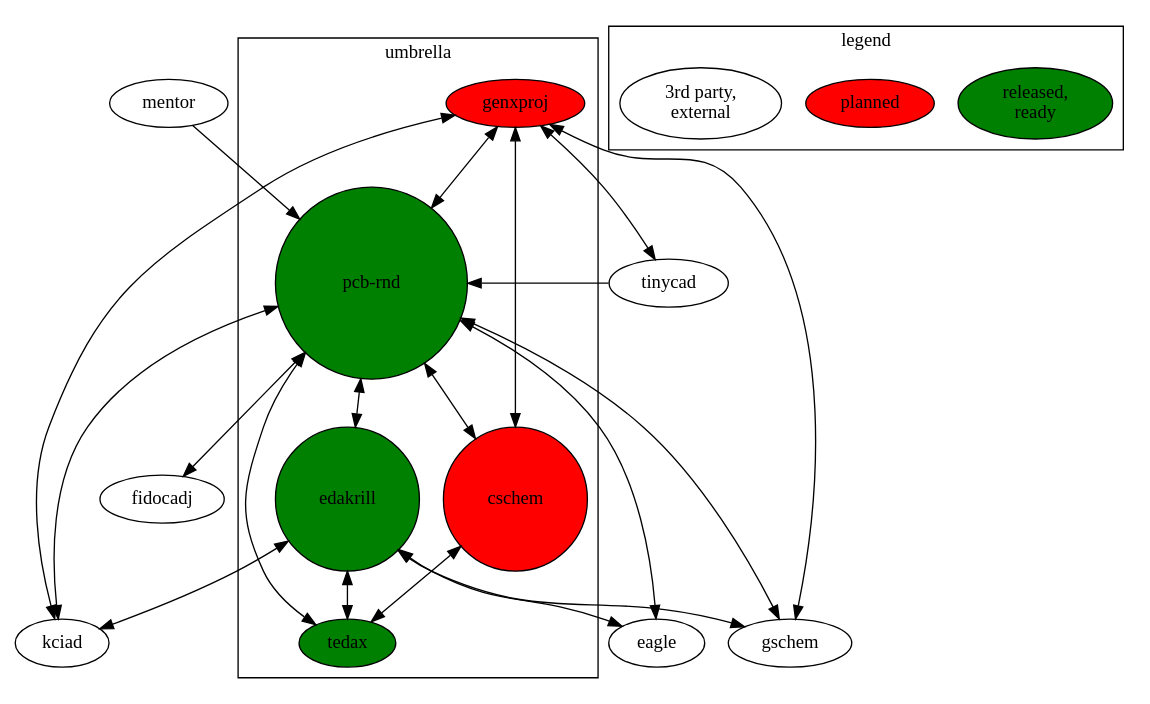
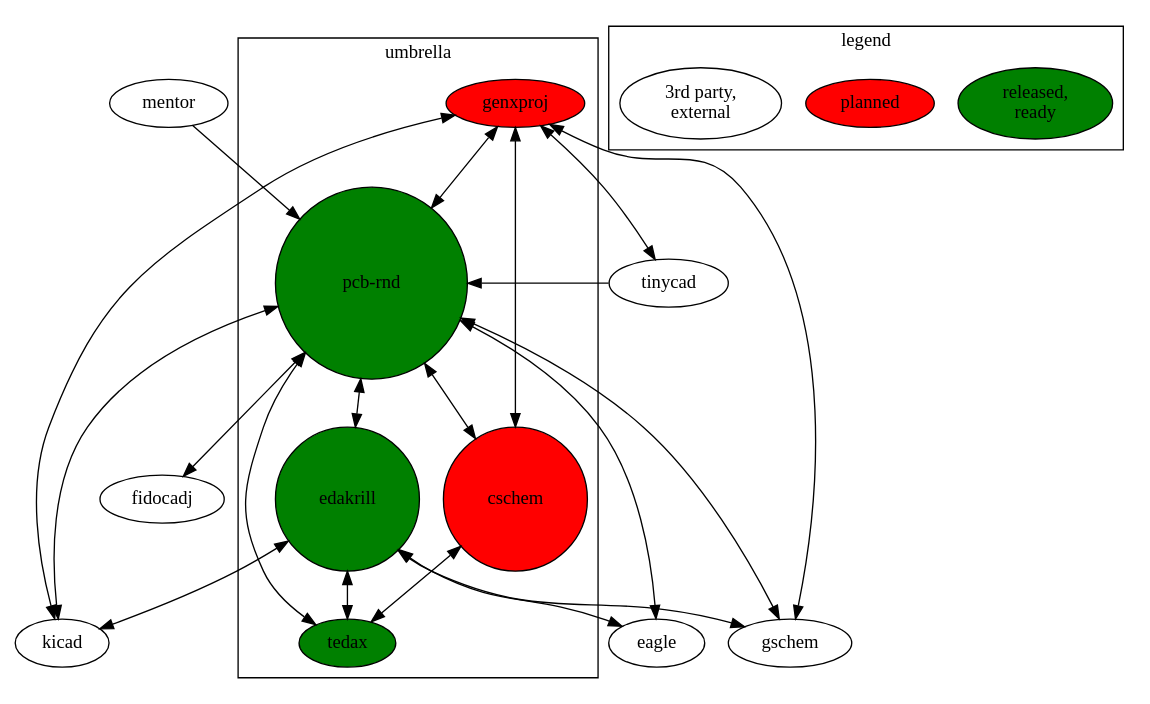
The diagram in doc/devlog/20170405/umbrella.dot (NoSuchProcess/pcb-rnd), drawn with Graphviz before and after one commit. The commit also changed 1 other file, not shown here.

Commit message:
-Fix: kicad spelling error

```diff
--- a/doc/devlog/20170405/umbrella.dot
+++ b/doc/devlog/20170405/umbrella.dot
@@ -1,48 +1,48 @@
 digraph g {
 
 
 	subgraph cluster_1 {
 		label="umbrella"
 		pcbrnd  [style=filled fillcolor=green label="pcb-rnd" height=2 width=2]
 		edakrill [style=filled fillcolor=green height=1.5 width=1.5]
 		tedax    [style=filled fillcolor=green]
 		cschem   [style=filled fillcolor=red height=1.5 width=1.5]
 		genxproj [style=filled fillcolor=red]
 	}
 
 	subgraph cluster_2 {
 		label="legend"
 		l1  [style=filled fillcolor=green label="released,\nready"]
 		l2  [style=filled fillcolor=red label="planned"]
 		l3  [label="3rd party,\nexternal"]
 	}
 
 
 	pcbrnd -> edakrill [dir=both weigth=10]
 	pcbrnd -> cschem [dir=both weigth=10]
 	pcbrnd -> tedax [dir=both weigth=10]
 	genxproj -> pcbrnd [dir=both]
 	genxproj -> cschem [dir=both]
 	cschem -> tedax [dir=both weigth=10]
 
 	edakrill -> tedax [dir=both]
 
 
-	pcbrnd -> kciad [dir=both]
-	genxproj -> kciad [dir=both]
-	edakrill -> kciad [dir=both]
+	pcbrnd -> kicad [dir=both]
+	genxproj -> kicad [dir=both]
+	edakrill -> kicad [dir=both]
 
 	pcbrnd -> gschem [dir=both]
 	genxproj -> gschem [dir=both]
 	edakrill -> gschem [dir=both]
 
 	pcbrnd -> eagle [dir=both]
 	edakrill -> eagle [dir=both]
 
 	tinycad -> pcbrnd
 	genxproj -> tinycad [dir=both]
 
 	mentor -> pcbrnd
 	pcbrnd -> fidocadj [dir=both]
 
 }
```
